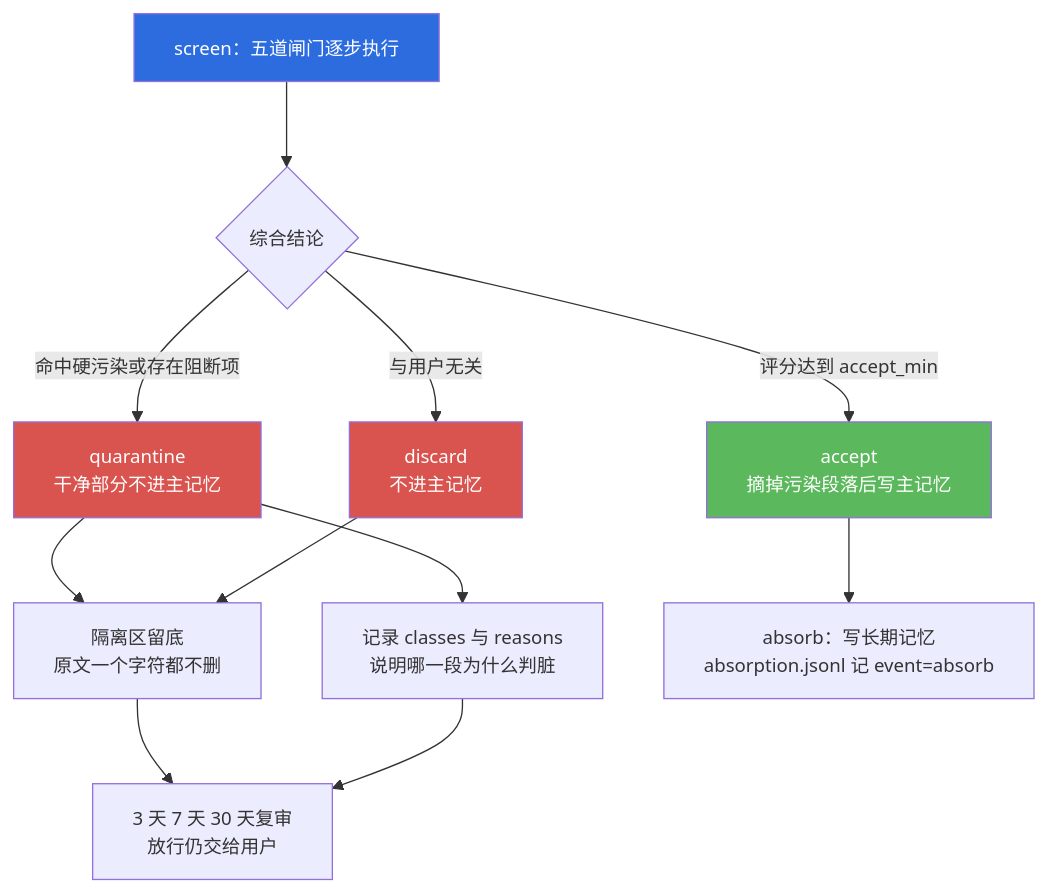
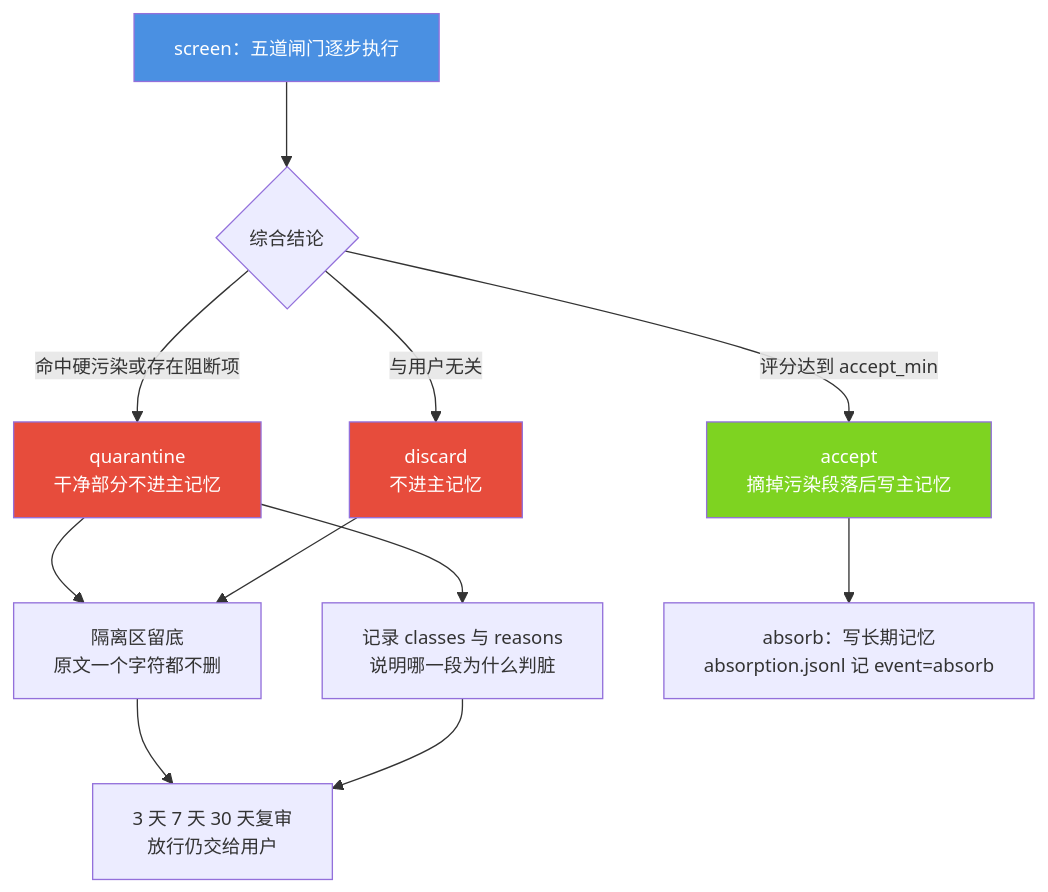
One commit to jiangchuangege/xiaojiao-harnees changed the fourth of 6 diagrams in docs/modules/06-world.md. Above: the diagram before and after it, drawn with Mermaid. The commit also changed other lines of this file and 32 other files, not shown here.

Commit message:
统一：全仓原理图配色到一套调色板 + 给 12 张灰图补色 + 修正自己会睡那张过期图

````diff
--- a/docs/modules/06-world.md
+++ b/docs/modules/06-world.md
@@ -306,20 +306,20 @@
 ```mermaid
 %%{init: {"themeVariables": {"fontSize": "14px"}, "flowchart": {"htmlLabels": true, "wrappingWidth": 340, "nodeSpacing": 46, "rankSpacing": 64, "useMaxWidth": true}}}%%
 flowchart TB
     SCR["screen：五道闸门逐步执行"] --> D{"综合结论"}
     D -->|"评分达到 accept_min"| ACC["accept<br/>摘掉污染段落后写主记忆"]
     D -->|"命中硬污染或存在阻断项"| QUA["quarantine<br/>干净部分不进主记忆"]
     D -->|"与用户无关"| DIS["discard<br/>不进主记忆"]
 
     QUA --> Q1["隔离区留底<br/>原文一个字符都不删"]
     QUA --> Q2["记录 classes 与 reasons<br/>说明哪一段为什么判脏"]
     DIS --> Q1
     ACC --> ABSORB["absorb：写长期记忆<br/>absorption.jsonl 记 event=absorb"]
     Q1 --> REVIEW["3 天 7 天 30 天复审<br/>放行仍交给用户"]
     Q2 --> REVIEW
 
-    style SCR fill:#2d6cdf,color:#fff
-    style ACC fill:#5cb85c,color:#fff
-    style QUA fill:#d9534f,color:#fff
-    style DIS fill:#d9534f,color:#fff
+    style SCR fill:#4A90E2,color:#fff
+    style ACC fill:#7ED321,color:#fff
+    style QUA fill:#E74C3C,color:#fff
+    style DIS fill:#E74C3C,color:#fff
 ```
````
